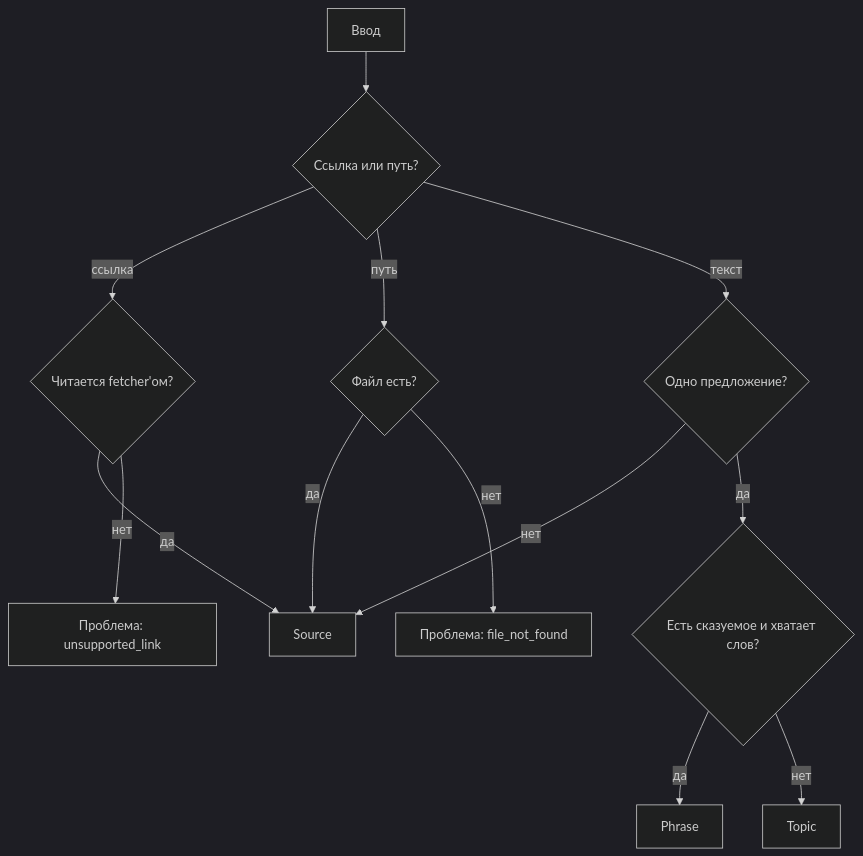
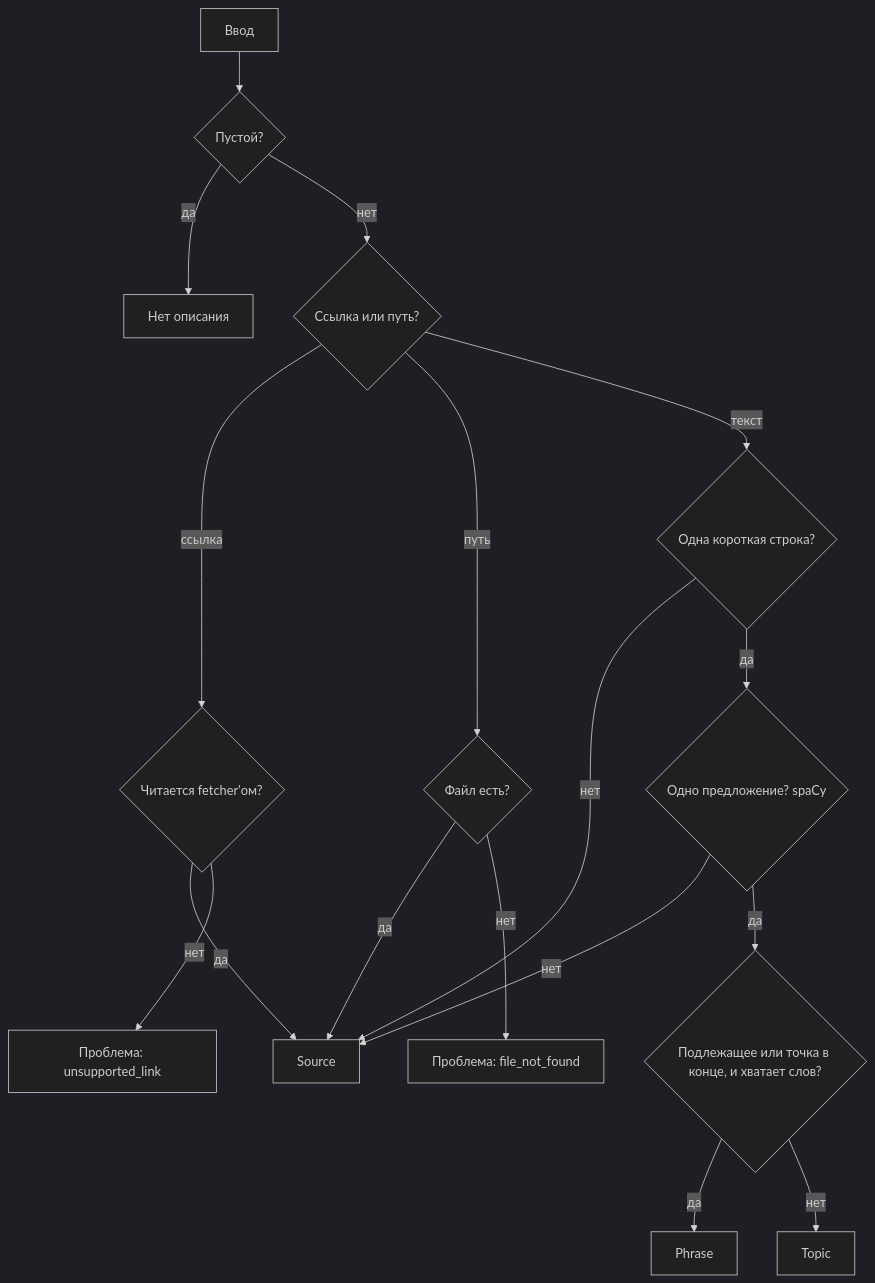
One commit to kudrmax/anything-to-anki changed the diagram in tasks/add-screen-intake.md. Above: the diagram before and after it, drawn with Mermaid (dark theme). The commit also changed other lines of this file and 1 other file, not shown here.

````diff
--- a/tasks/add-screen-intake.md
+++ b/tasks/add-screen-intake.md
@@ -62,15 +74,19 @@
 ```mermaid
 flowchart TD
-    A[Ввод] --> B{Ссылка или путь?}
+    A[Ввод] --> E0{Пустой?}
+    E0 -- да --> N[Нет описания]
+    E0 -- нет --> B{Ссылка или путь?}
     B -- ссылка --> C{Читается fetcher'ом?}
     C -- да --> S[Source]
     C -- нет --> P1[Проблема: unsupported_link]
     B -- путь --> D{Файл есть?}
     D -- да --> S
     D -- нет --> P2[Проблема: file_not_found]
-    B -- текст --> E{Одно предложение?}
+    B -- текст --> L{Одна короткая строка?}
+    L -- нет --> S
+    L -- да --> E{Одно предложение? spaCy}
     E -- нет --> S
-    E -- да --> F{Есть сказуемое и хватает слов?}
+    E -- да --> F{Подлежащее или точка в конце, и хватает слов?}
     F -- да --> PH[Phrase]
     F -- нет --> T[Topic]
 ```
````
